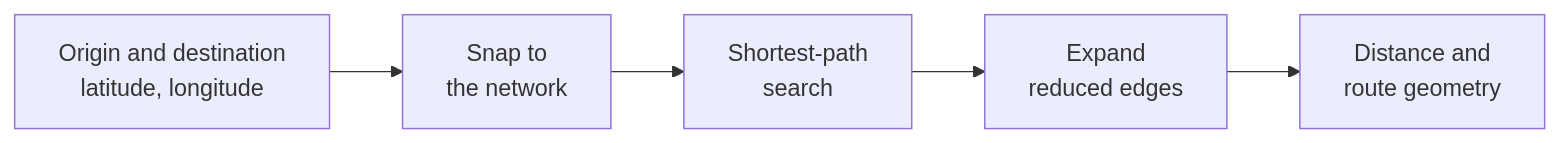
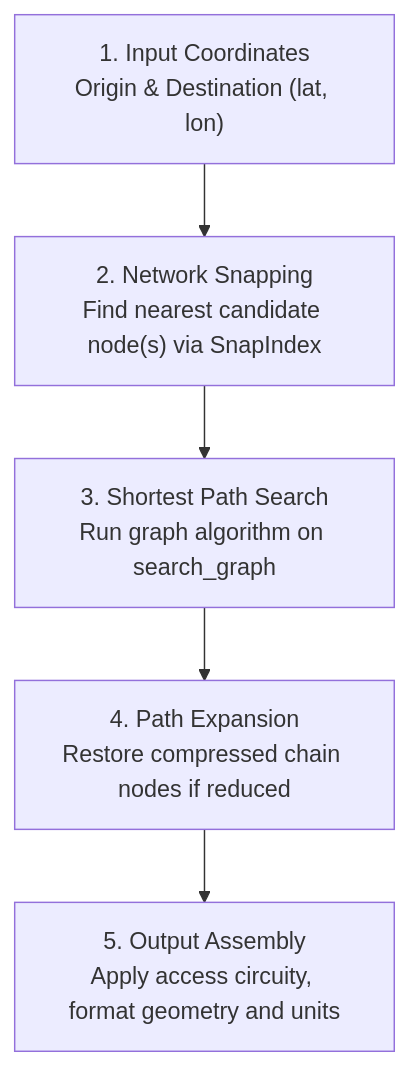
One commit to connor-makowski/scgraph changed the second of 4 diagrams in ARCHITECTURE.md. Above: the diagram before and after it, drawn with Mermaid. The commit also changed other lines of this file and 15 other files, not shown here.

````diff
--- a/ARCHITECTURE.md
+++ b/ARCHITECTURE.md
@@ -87,7 +105,7 @@
 ```mermaid
-flowchart LR
-    IN["Origin and destination<br/>latitude, longitude"] --> SNAP["Snap to<br/>the network"]
-    SNAP --> SEARCH["Shortest-path<br/>search"]
-    SEARCH --> EXPAND["Expand<br/>reduced edges"]
-    EXPAND --> OUT["Distance and<br/>route geometry"]
+flowchart TD
+    A["1. Input Coordinates<br/>Origin & Destination (lat, lon)"] --> B["2. Network Snapping<br/>Find nearest candidate node(s) via SnapIndex"]
+    B --> C["3. Shortest Path Search<br/>Run graph algorithm on search_graph"]
+    C --> D["4. Path Expansion<br/>Restore compressed chain nodes if reduced"]
+    D --> E["5. Output Assembly<br/>Apply access circuity, format geometry and units"]
 ```
````
